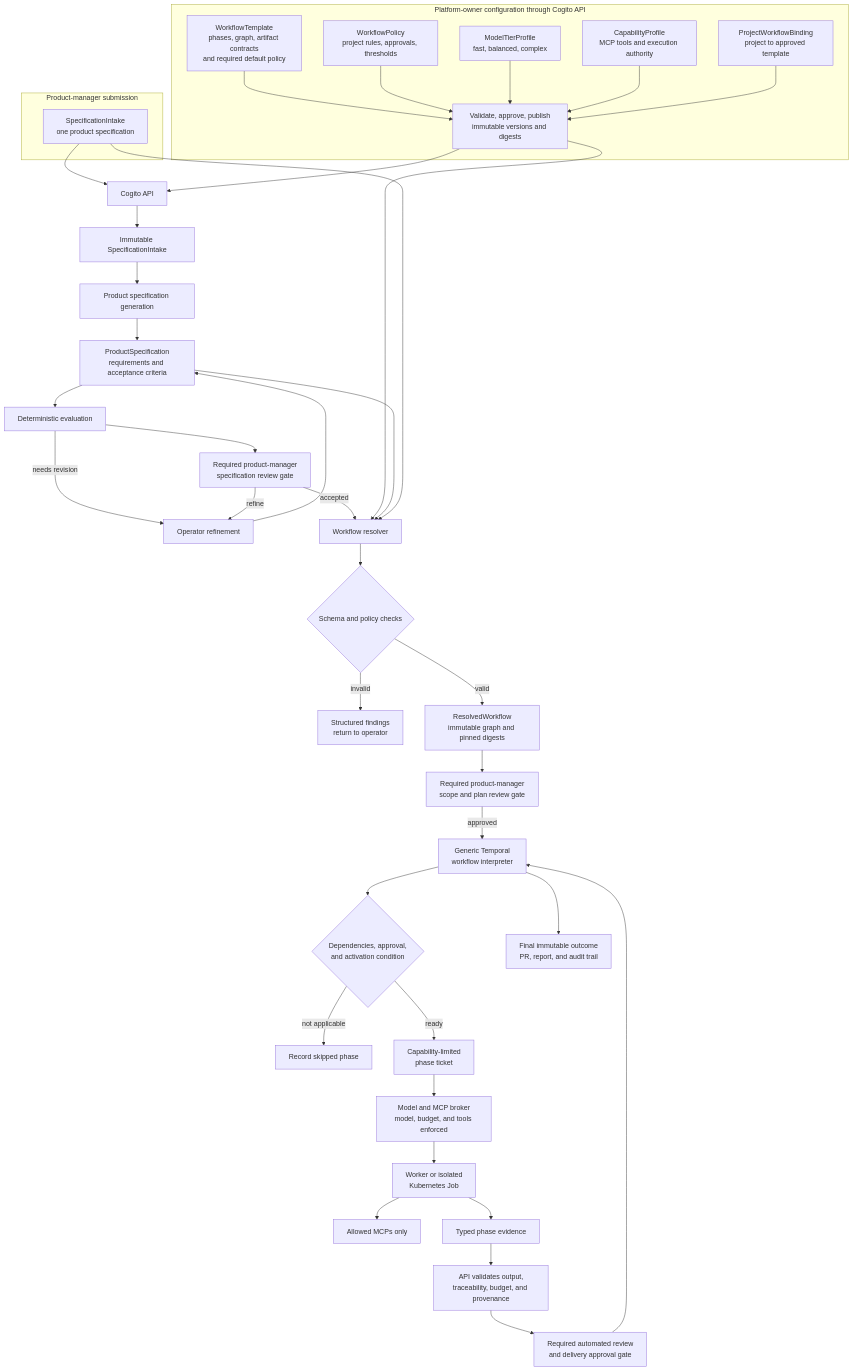
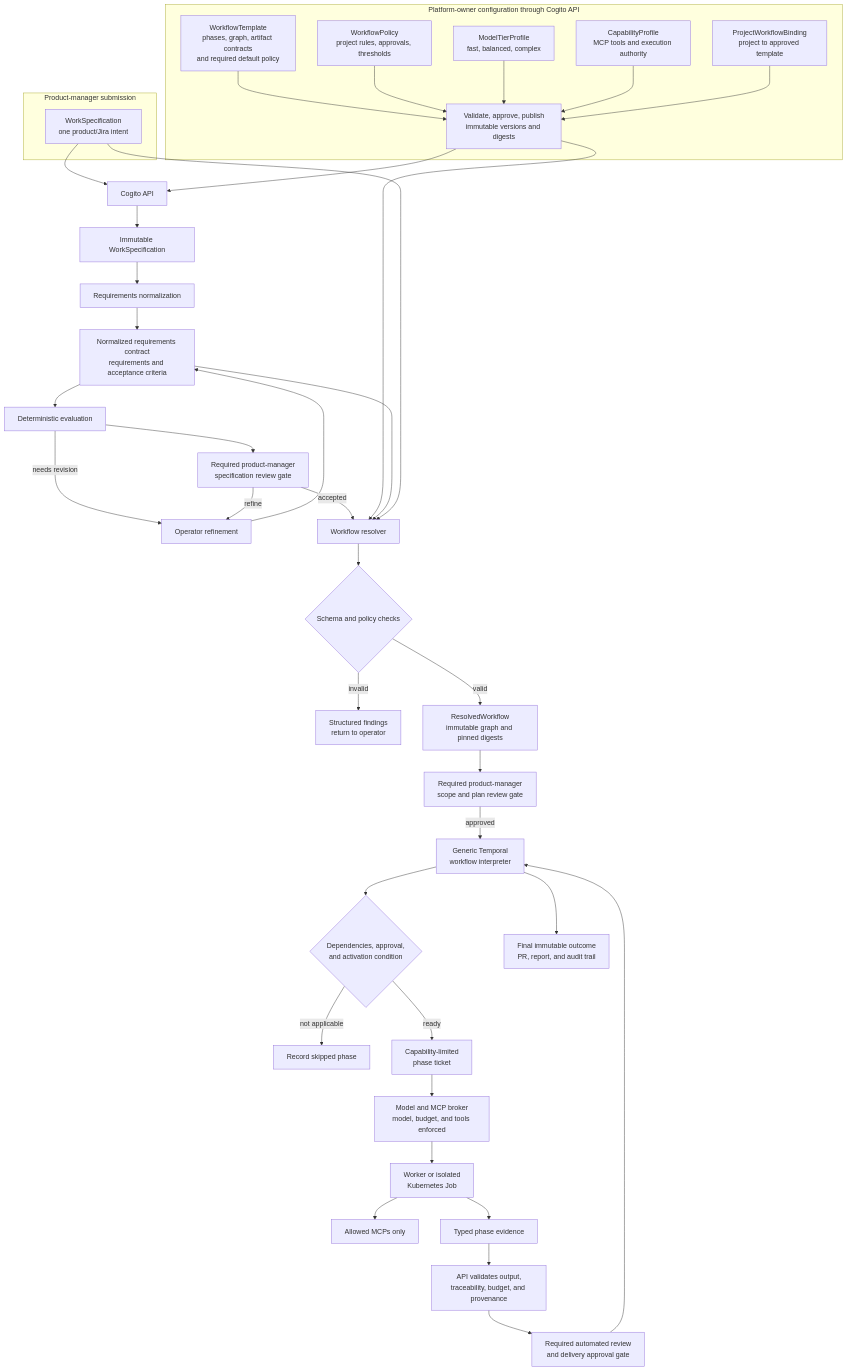
Before and after one commit to crmagz/cogito: the second of 2 diagrams in docs/schema-driven-workflow-architecture.md, drawn with Mermaid. The commit also changed other lines of this file and 8 other files, not shown here.

Commit message:
feat(workflow): unify work specification workspace

````diff
--- a/docs/schema-driven-workflow-architecture.md
+++ b/docs/schema-driven-workflow-architecture.md
@@ -68,56 +68,56 @@
 ```mermaid
 flowchart TD
     subgraph Authoring[Platform-owner configuration through Cogito API]
         T[WorkflowTemplate\nphases, graph, artifact contracts\nand required default policy]
         P[WorkflowPolicy\nproject rules, approvals, thresholds]
         M[ModelTierProfile\nfast, balanced, complex]
         C[CapabilityProfile\nMCP tools and execution authority]
         B[ProjectWorkflowBinding\nproject to approved template]
         T --> PUB[Validate, approve, publish\nimmutable versions and digests]
         P --> PUB
         M --> PUB
         C --> PUB
         B --> PUB
     end
 
     subgraph Submission[Product-manager submission]
-        R[SpecificationIntake\none product specification]
+        R[WorkSpecification\none product/Jira intent]
     end
 
     R --> API[Cogito API]
     PUB --> API
 
-    API --> INTAKE[Immutable SpecificationIntake]
-    INTAKE --> PSGEN[Product specification generation]
-    PSGEN --> PS[ProductSpecification\nrequirements and acceptance criteria]
+    API --> INTAKE[Immutable WorkSpecification]
+    INTAKE --> PSGEN[Requirements normalization]
+    PSGEN --> PS[Normalized requirements contract\nrequirements and acceptance criteria]
     PS --> EVAL[Deterministic evaluation]
     EVAL -->|needs revision| EDIT[Operator refinement]
     EDIT --> PS
 
     EVAL --> PMPRODUCT[Required product-manager\nspecification review gate]
     PMPRODUCT -->|accepted| RESOLVE[Workflow resolver]
     PMPRODUCT -->|refine| EDIT
     PUB --> RESOLVE
     PS --> RESOLVE
     R --> RESOLVE
 
     RESOLVE --> CHECKS{Schema and policy checks}
     CHECKS -->|invalid| FEEDBACK[Structured findings\nreturn to operator]
     CHECKS -->|valid| RW[ResolvedWorkflow\nimmutable graph and pinned digests]
 
     RW --> PMPLAN[Required product-manager\nscope and plan review gate]
     PMPLAN -->|approved| TEMPORAL[Generic Temporal\nworkflow interpreter]
     TEMPORAL --> ACTIVATE{Dependencies, approval,\nand activation condition}
     ACTIVATE -->|not applicable| SKIP[Record skipped phase]
     ACTIVATE -->|ready| TICKET[Capability-limited\nphase ticket]
 
     TICKET --> BROKER[Model and MCP broker\nmodel, budget, and tools enforced]
     BROKER --> WORKER[Worker or isolated\nKubernetes Job]
     WORKER --> MCP[Allowed MCPs only]
     WORKER --> EVIDENCE[Typed phase evidence]
     EVIDENCE --> VALIDATE[API validates output,\ntraceability, budget, and provenance]
     VALIDATE --> REVIEW[Required automated review\nand delivery approval gate]
     REVIEW --> TEMPORAL
 
     TEMPORAL --> DONE[Final immutable outcome\nPR, report, and audit trail]
 ```
````
